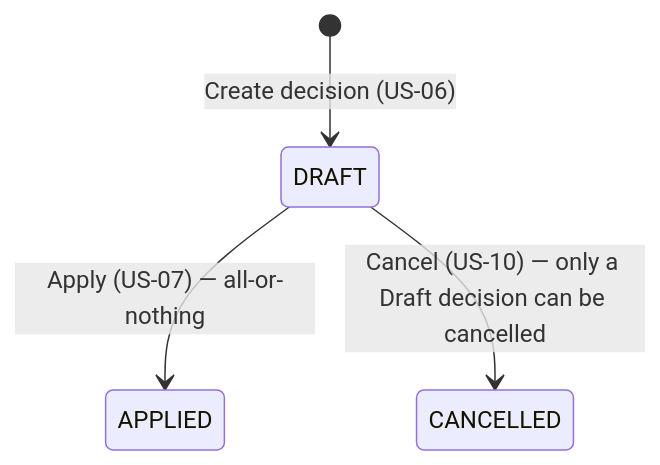
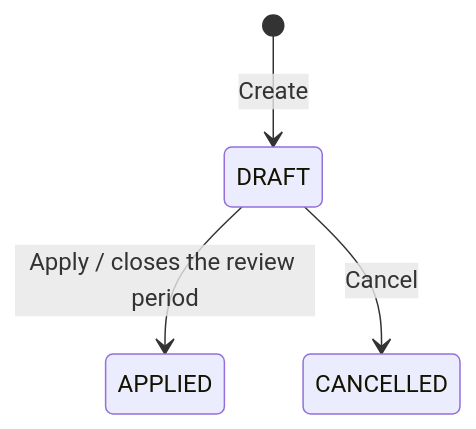
Before and after one commit to sang2197/QuanLyNhanSu-NguyenVanSang: the third of 5 diagrams in Docs/DetailedDesign/StateDiagrams.md, drawn with Mermaid. The commit also changed other lines of this file and 30 other files, not shown here.

````diff
--- a/Docs/DetailedDesign/StateDiagrams.md
+++ b/Docs/DetailedDesign/StateDiagrams.md
@@ -32,6 +42,6 @@
 ```mermaid
 stateDiagram-v2
-    [*] --> DRAFT : Create decision (US-06)
-    DRAFT --> APPLIED : Apply (US-07) — all-or-nothing
-    DRAFT --> CANCELLED : Cancel (US-10) — only a Draft decision can be cancelled
+    [*] --> DRAFT : Create
+    DRAFT --> APPLIED : Apply / closes the review period
+    DRAFT --> CANCELLED : Cancel
 ```
````
